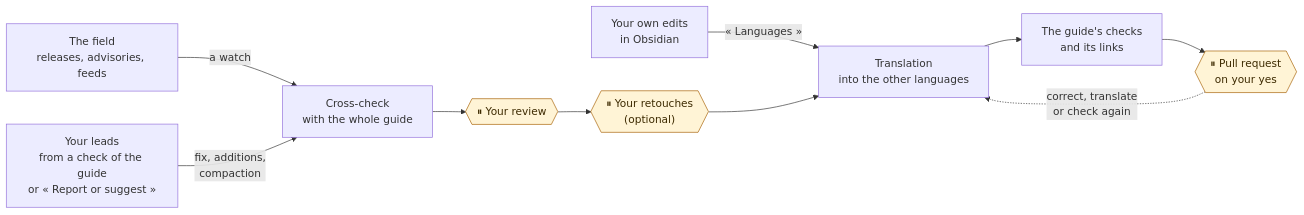
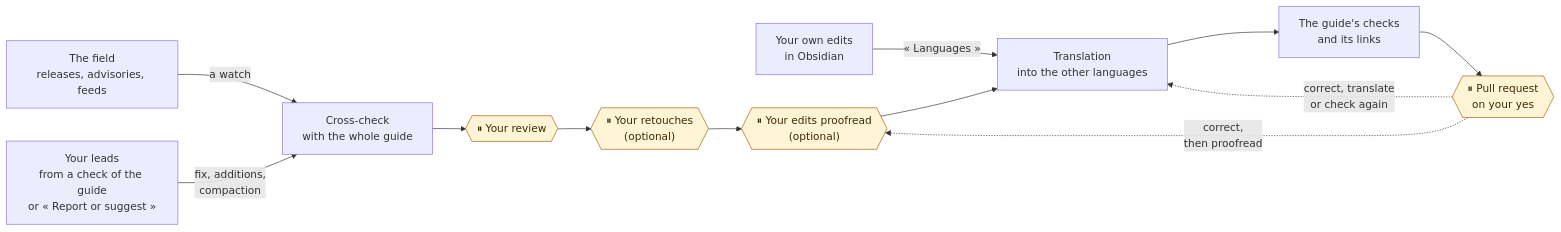
The second of 3 diagrams in README.md (DamienBecherini/vault-watch-agent), drawn with Mermaid before and after one commit. The commit also changed other lines of this file and 6 other files, not shown here.

Commit message:
docs(proofread): the proofreading of the editor's edits in a run: both diagrams of the README, the five pauses, run.md (the pause, the publish loop, the command line), code.md, CHANGELOG

````diff
--- a/README.md
+++ b/README.md
@@ -111,14 +111,16 @@
 ```mermaid
 flowchart LR
   field["The field<br/>releases, advisories, feeds"] -->|a watch| cross
   leads["Your leads<br/>from a check of the guide<br/>or « Report or suggest »"] -->|"fix, additions,<br/>compaction"| cross
   edits["Your own edits<br/>in Obsidian"] -->|"« Languages »"| translate
   cross["Cross-check<br/>with the whole guide"] --> review{{"⏸ Your review"}}
   review --> retouch{{"⏸ Your retouches<br/>(optional)"}}
-  retouch --> translate["Translation<br/>into the other languages"]
+  retouch --> proof{{"⏸ Your edits proofread<br/>(optional)"}}
+  proof --> translate["Translation<br/>into the other languages"]
   translate --> checks["The guide's checks<br/>and its links"]
   checks --> pr{{"⏸ Pull request<br/>on your yes"}}
   pr -.->|"correct, translate<br/>or check again"| translate
+  pr -.->|"correct,<br/>then proofread"| proof
   classDef human fill:#fff4d6,stroke:#a65f00,color:#3d2a00
-  class review,retouch,pr human
+  class review,retouch,proof,pr human
 ```
````
